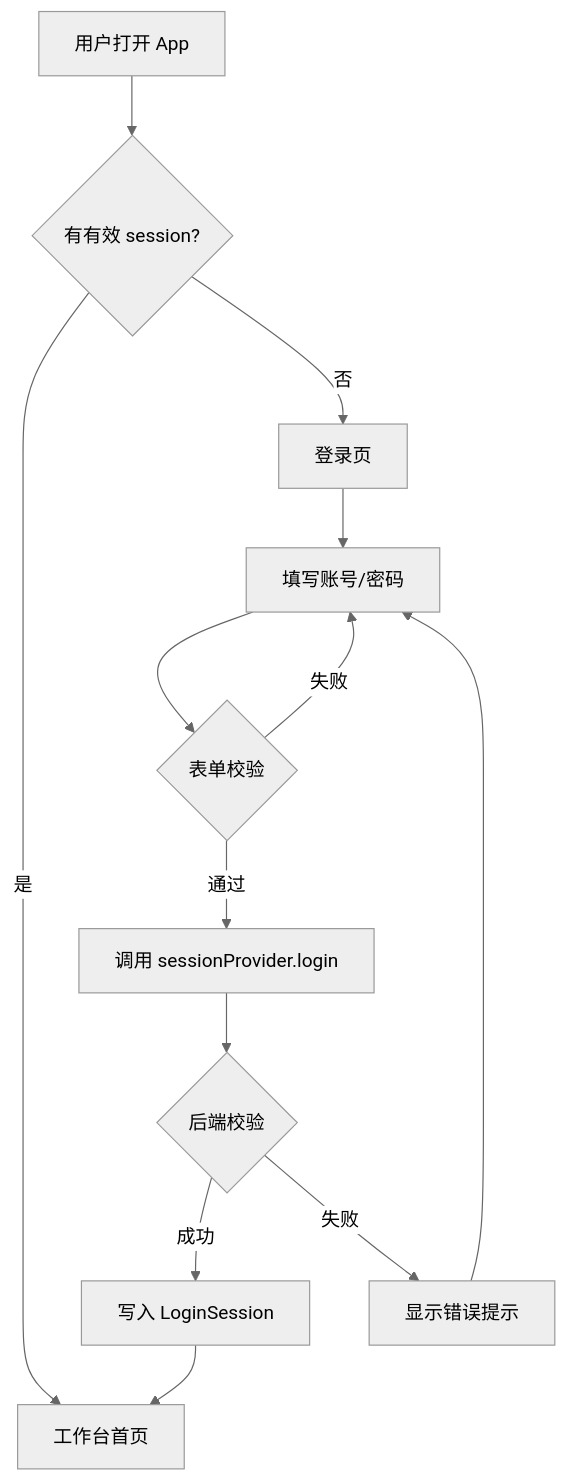
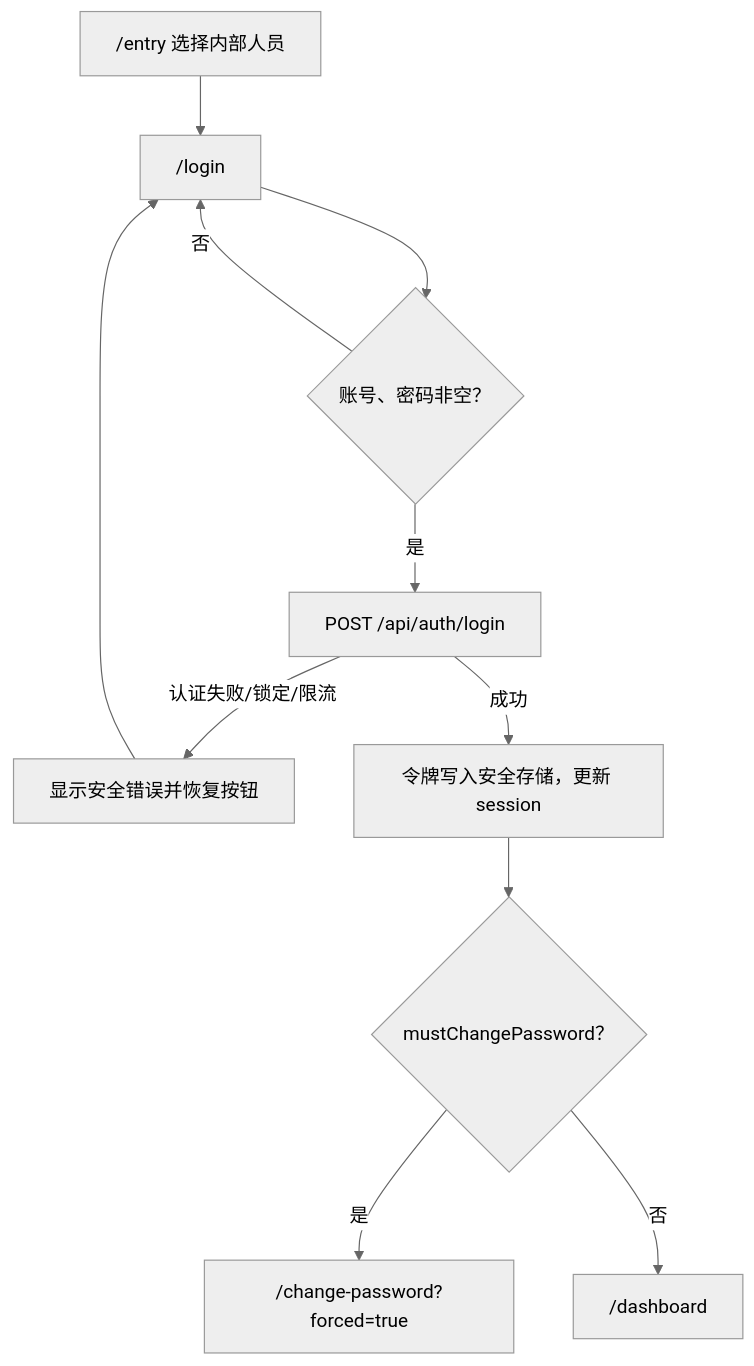
One commit to BruceChu0424/utenelec_imp changed the diagram in docs/03-页面/登录页.md. Above: the diagram before and after it, drawn with Mermaid (neutral theme). The commit also changed other lines of this file and 1614 other files, not shown here.

````diff
--- a/docs/03-页面/登录页.md
+++ b/docs/03-页面/登录页.md
@@ -75,15 +60,13 @@
 ```mermaid
 flowchart TD
-    A[用户打开 App] --> B{有有效 session?}
-    B -- 是 --> D[工作台首页]
-    B -- 否 --> L[登录页]
-    L --> F[填写账号/密码]
-    F --> V{表单校验}
-    V -- 失败 --> F
-    V -- 通过 --> S[调用 sessionProvider.login]
-    S --> H{后端校验}
-    H -- 成功 --> SS[写入 LoginSession]
-    SS --> D
-    H -- 失败 --> E[显示错误提示]
-    E --> F
+    A["/entry 选择内部人员"] --> L["/login"]
+    L --> V{"账号、密码非空？"}
+    V -- 否 --> L
+    V -- 是 --> API["POST /api/auth/login"]
+    API -->|认证失败/锁定/限流| E["显示安全错误并恢复按钮"]
+    E --> L
+    API -->|成功| T["令牌写入安全存储，更新 session"]
+    T --> M{"mustChangePassword？"}
+    M -- 是 --> C["/change-password?forced=true"]
+    M -- 否 --> D["/dashboard"]
 ```
````
